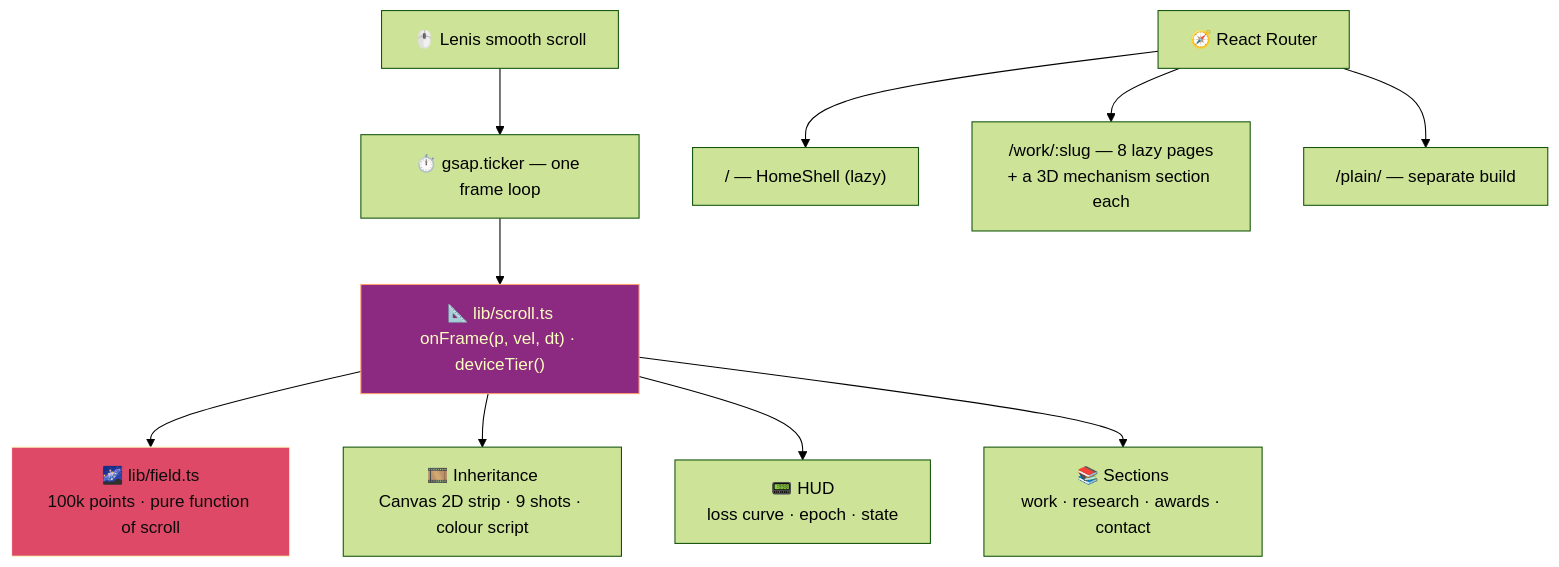
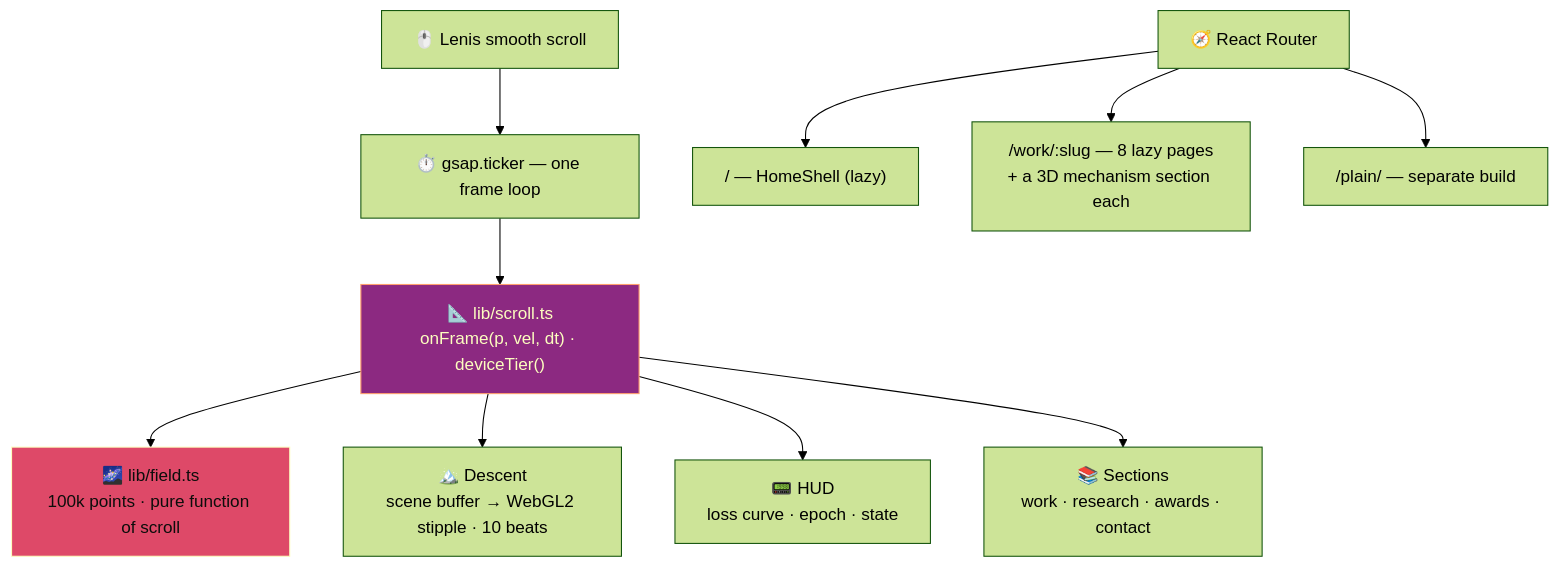
Before and after one commit to Vishal-AS-0407/portfolio: the diagram in README.md, drawn with Mermaid (forest theme). The commit also changed other lines of this file and 22 other files, not shown here.

First line of the commit message:
feat(descent): gradient descent as a journey — a stipple-printed story strip from scratch; the hero field answers the mouse

````diff
--- a/README.md
+++ b/README.md
@@ -94,14 +94,14 @@
 ```mermaid
 flowchart TD
     SCROLL["🖱️ Lenis smooth scroll"] --> TICK["⏱️ gsap.ticker — one frame loop"]
     TICK --> SPINE["📐 lib/scroll.ts<br/>onFrame(p, vel, dt) · deviceTier()"]
     SPINE --> FIELD["🌌 lib/field.ts<br/>100k points · pure function of scroll"]
-    SPINE --> STORY["🎞️ Inheritance<br/>Canvas 2D strip · 9 shots · colour script"]
+    SPINE --> STORY["🏔️ Descent<br/>scene buffer → WebGL2 stipple · 10 beats"]
     SPINE --> HUD["📟 HUD<br/>loss curve · epoch · state"]
     SPINE --> SECTIONS["📚 Sections<br/>work · research · awards · contact"]
     ROUTER["🧭 React Router"] --> HOME["/ — HomeShell (lazy)"]
     ROUTER --> WORK["/work/:slug — 8 lazy pages<br/>+ a 3D mechanism section each"]
     ROUTER --> PLAIN["/plain/ — separate build"]
     style SPINE fill:#8C2981,stroke:#FE9F6D,color:#FCFDBF
     style FIELD fill:#DE4968,stroke:#FCFDBF,color:#0C0D0B
 ```
````
